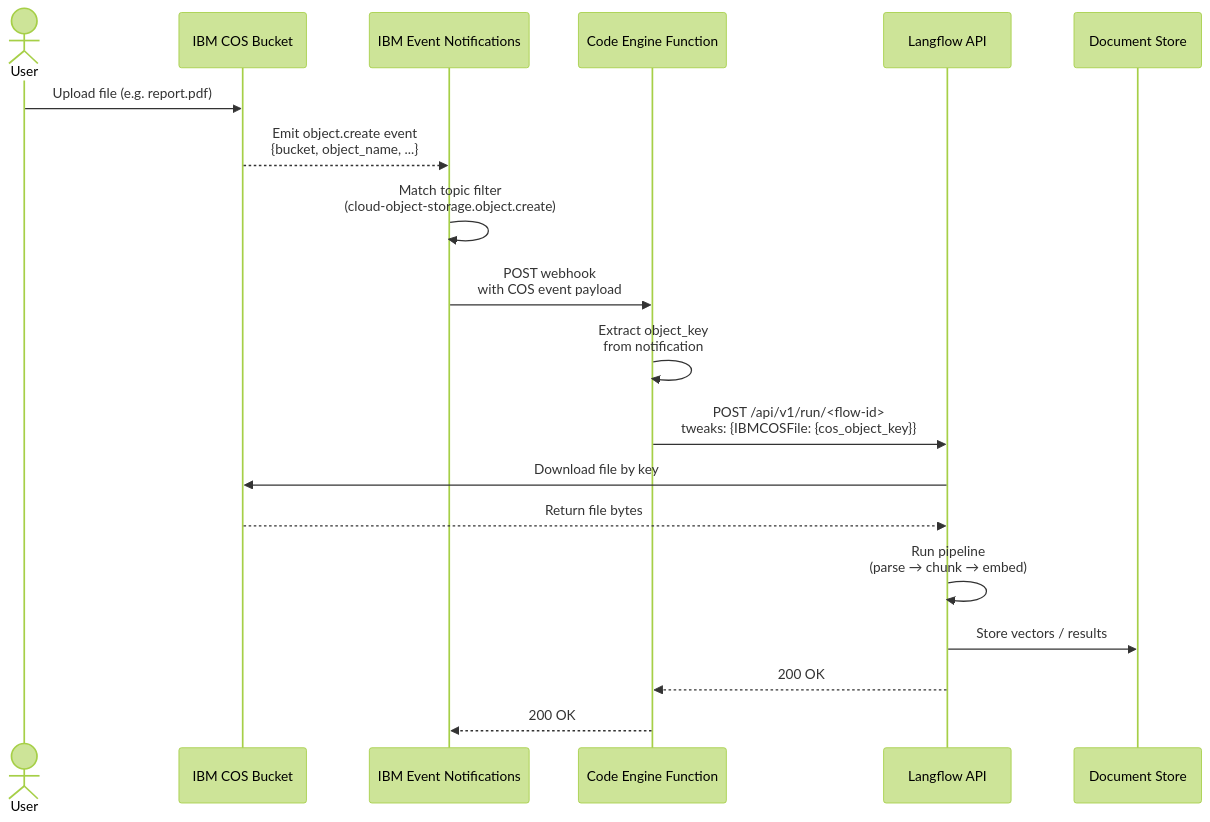
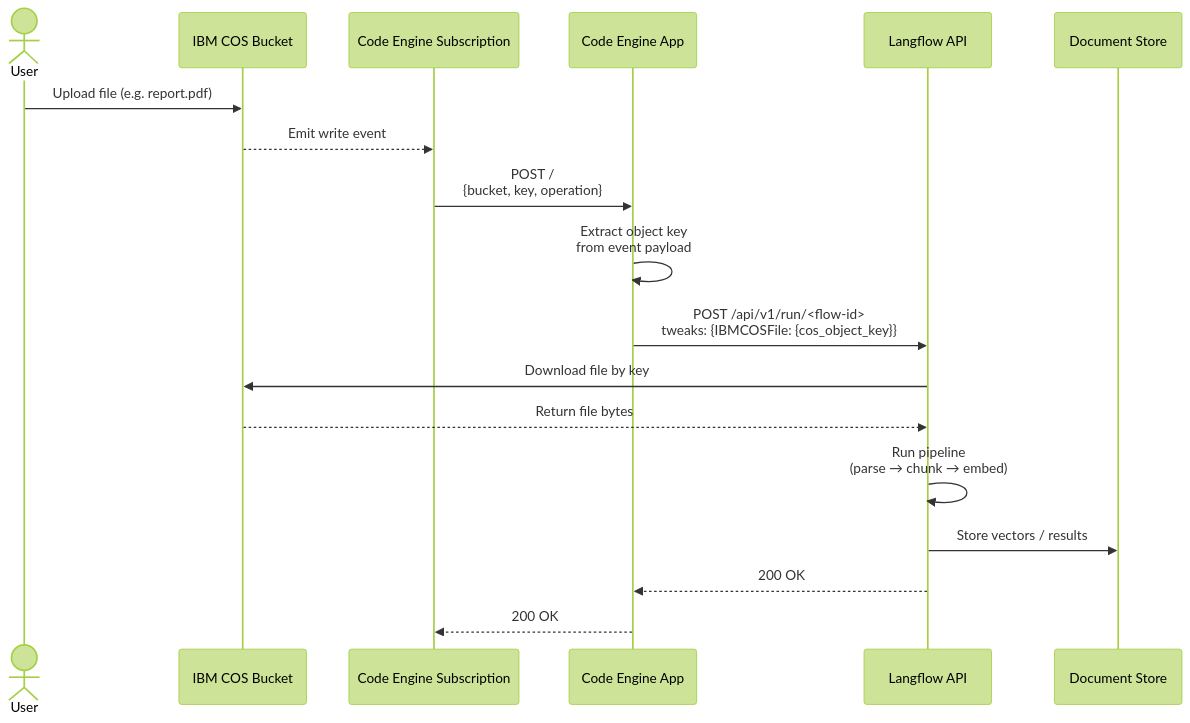
Before and after one commit to dambor/event-driven-rag: the second of 2 diagrams in README.md, drawn with Mermaid (forest theme). The commit also changed other lines of this file and 7 other files, not shown here.

````diff
--- a/README.md
+++ b/README.md
@@ -55,22 +21,21 @@
 ```mermaid
 sequenceDiagram
     actor User
     participant COS as IBM COS Bucket
-    participant EN as IBM Event Notifications
-    participant CE as Code Engine Function
+    participant CE as Code Engine Subscription
+    participant APP as Code Engine App
     participant LF as Langflow API
     participant DOC as Document Store
 
     User->>COS: Upload file (e.g. report.pdf)
-    COS-->>EN: Emit object.create event<br/>{bucket, object_name, ...}
-    EN->>EN: Match topic filter<br/>(cloud-object-storage.object.create)
-    EN->>CE: POST webhook<br/>with COS event payload
-    CE->>CE: Extract object_key<br/>from notification
-    CE->>LF: POST /api/v1/run/<flow-id><br/>tweaks: {IBMCOSFile: {cos_object_key}}
+    COS-->>CE: Emit write event
+    CE->>APP: POST /<br/>{bucket, key, operation}
+    APP->>APP: Extract object key<br/>from event payload
+    APP->>LF: POST /api/v1/run/<flow-id><br/>tweaks: {IBMCOSFile: {cos_object_key}}
     LF->>COS: Download file by key
     COS-->>LF: Return file bytes
     LF->>LF: Run pipeline<br/>(parse → chunk → embed)
     LF->>DOC: Store vectors / results
-    LF-->>CE: 200 OK
-    CE-->>EN: 200 OK
+    LF-->>APP: 200 OK
+    APP-->>CE: 200 OK
 ```
````
